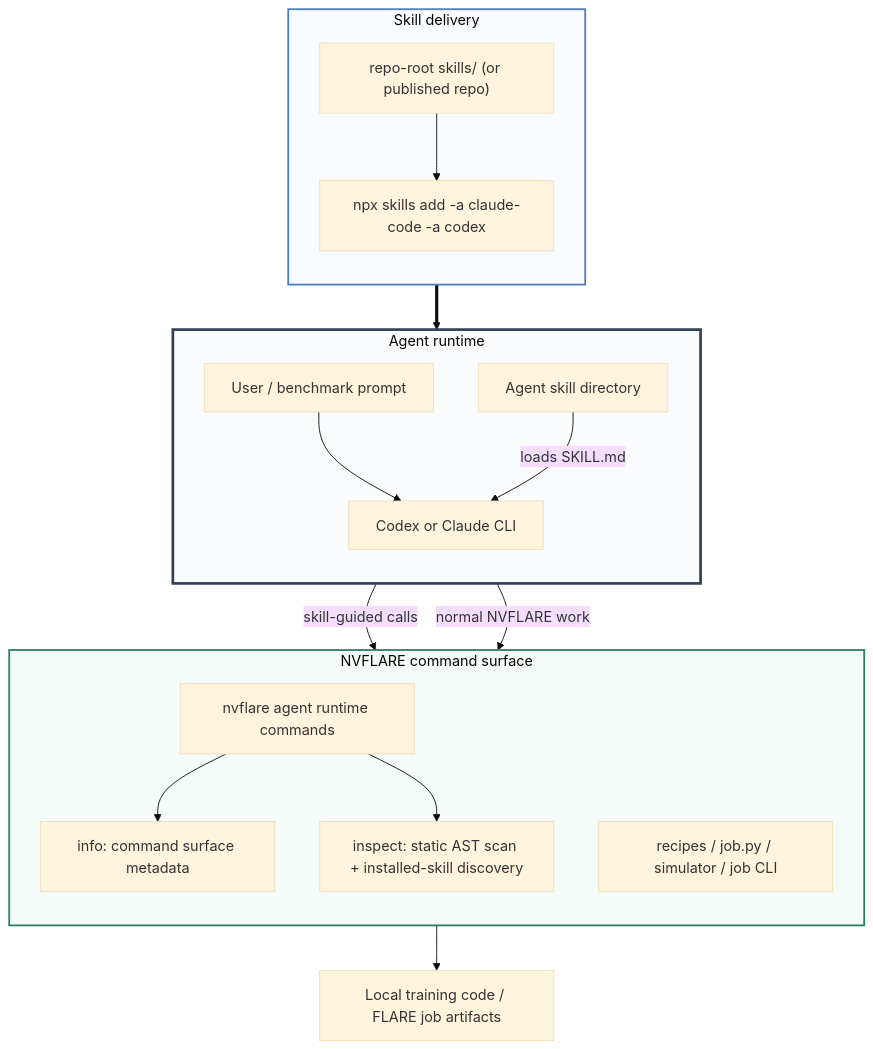
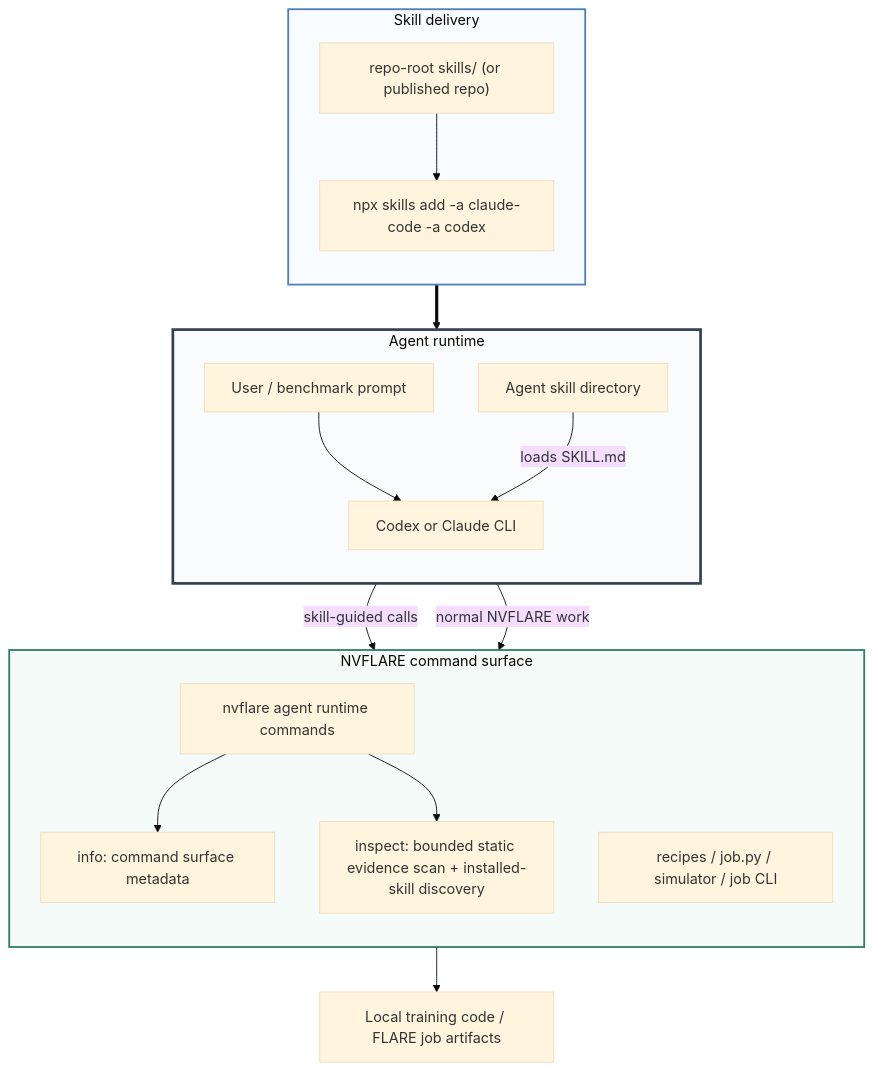
Before and after one commit to NVIDIA/NVFlare: the third of 5 diagrams in docs/design/skills_architecture.md, drawn with Mermaid (base theme). The commit also changed other lines of this file and 38 other files, not shown here.

````diff
--- a/docs/design/skills_architecture.md
+++ b/docs/design/skills_architecture.md
@@ -177,30 +177,30 @@
 ```mermaid
 flowchart TB
     subgraph SkillDelivery["Skill delivery"]
         direction TB
         SkillSource["repo-root skills/ (or published repo)"] --> SkillOps["npx skills add -a claude-code -a codex"]
     end
 
     subgraph AgentRuntime["Agent runtime"]
         direction TB
         User["User / benchmark prompt"] --> Agent["Codex or Claude CLI"]
         AgentHome["Agent skill directory"] -->|loads SKILL.md| Agent
     end
 
     subgraph NVFLARESurface["NVFLARE command surface"]
         direction TB
         AgentCLI["nvflare agent runtime commands"] --> Info["info: command surface metadata"]
-        AgentCLI --> Inspect["inspect: static AST scan + installed-skill discovery"]
+        AgentCLI --> Inspect["inspect: bounded static evidence scan + installed-skill discovery"]
         Recipes["recipes / job.py / simulator / job CLI"]
     end
 
     SkillOps ==> AgentHome
     Agent -->|skill-guided calls| AgentCLI
     Agent -->|normal NVFLARE work| Recipes
 
     Inspect --> Project["Local training code / FLARE job artifacts"]
 
     style SkillDelivery fill:#f8fbff,stroke:#4f7fb8,stroke-width:2px
     style AgentRuntime fill:#fafbfc,stroke:#334155,stroke-width:3px
     style NVFLARESurface fill:#f4fbf8,stroke:#2f7d68,stroke-width:2px
 ```
````
